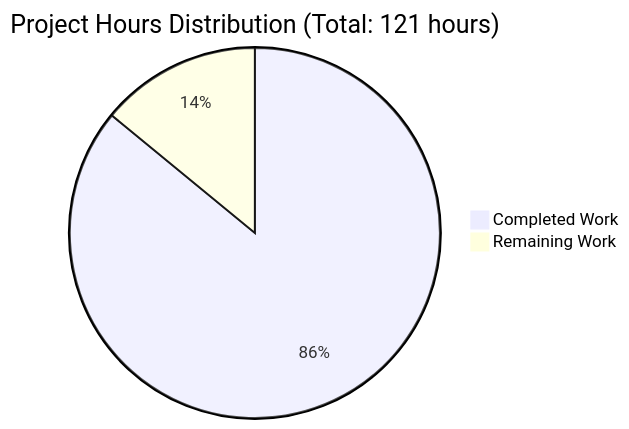
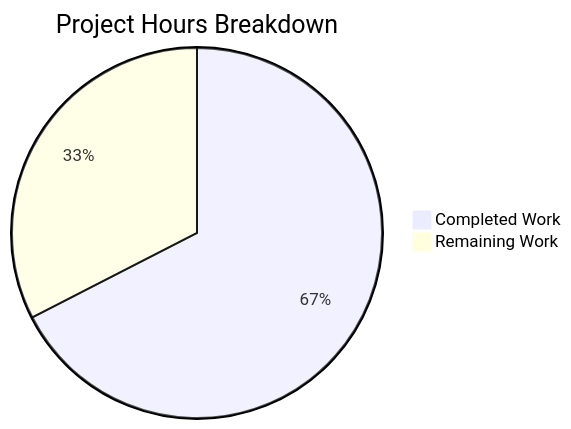
One commit to lakshya-blitzy/Dec_repo_with_valid_mul_files changed the first of 2 diagrams in blitzy/documentation/Project Guide.md. Above: the diagram before and after it, drawn with Mermaid. The commit also changed other lines of this file, not shown here.

Commit message:
Adding Blitzy Project Guide: Project Status and Human Tasks Remaining

````diff
--- a/blitzy/documentation/Project Guide.md
+++ b/blitzy/documentation/Project Guide.md
@@ -80,5 +29,5 @@
 ```mermaid
-pie title Project Hours Distribution (Total: 121 hours)
-    "Completed Work" : 104
-    "Remaining Work" : 17
+pie title Project Hours Breakdown
+    "Completed Work" : 56
+    "Remaining Work" : 27
 ```
````
